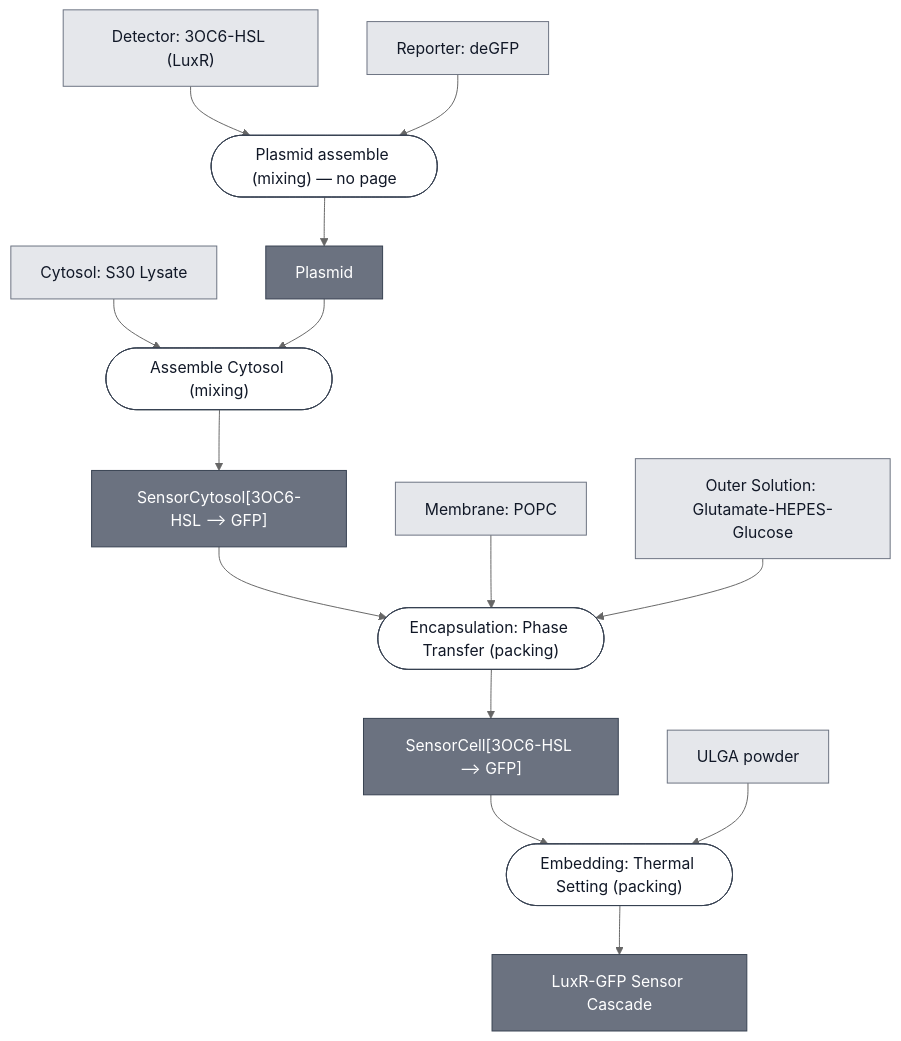
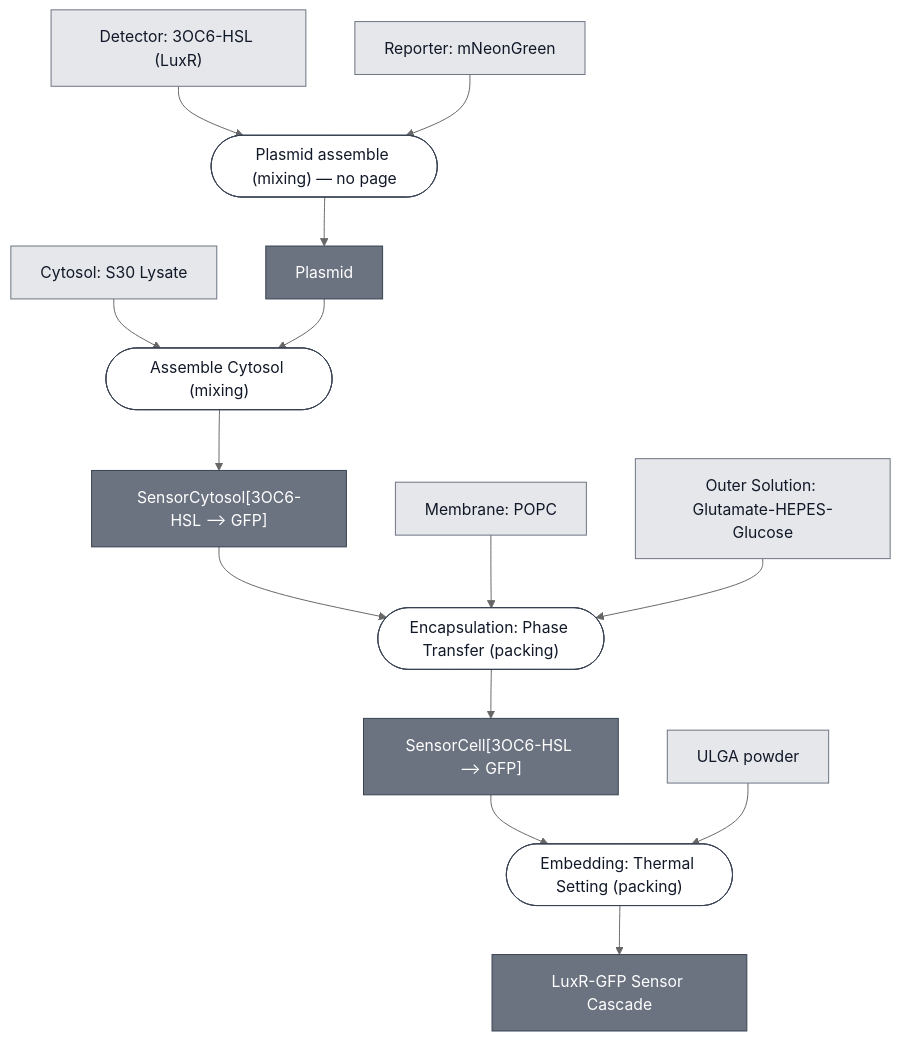
Before and after one commit to nucleus-eng/nucleus-docs: the diagram in docs/modules/luxr-gfp-cascade/spec.md, drawn with Mermaid (neutral theme). The commit also changed other lines of this file and 2 other files, not shown here.

First line of the commit message:
The LuxR demo reports mNeonGreen, not deGFP

````diff
--- a/docs/modules/luxr-gfp-cascade/spec.md
+++ b/docs/modules/luxr-gfp-cascade/spec.md
@@ -31,54 +31,54 @@
 ```mermaid
 flowchart TD
     S30_LYSATE["Cytosol: S30 Lysate"]
     DETECTOR_3OC6_HSL["Detector: 3OC6-HSL (LuxR)"]
-    REPORTER_DEGFP["Reporter: deGFP"]
+    REPORTER_MNEONGREEN["Reporter: mNeonGreen"]
     MEMBRANE_POPC["Membrane: POPC"]
     OUTER_SOLUTION_GLUTAMATE["Outer Solution: Glutamate-HEPES-Glucose"]
     ULGA_POWDER["ULGA powder"]
 
     P1_ASSEMBLE_PLASMID_0(["Plasmid assemble (mixing) — no page"])
     LUXR_GFP_PLASMID["Plasmid"]
     P2_ASSEMBLE_CYTOSOL_0(["Assemble Cytosol (mixing)"])
     LUXR_GFP_SENSOR_CYTOSOL["SensorCytosol[3OC6-HSL ⟶ GFP]"]
     P3_ENCAPSULATE_0(["Encapsulation: Phase Transfer (packing)"])
     LUXR_GFP_SENSING_CELL["SensorCell[3OC6-HSL ⟶ GFP]"]
     P4_EMBED_ULGA_0(["Embedding: Thermal Setting (packing)"])
     LUXR_GFP_CASCADE["LuxR-GFP Sensor Cascade"]
 
     DETECTOR_3OC6_HSL --> P1_ASSEMBLE_PLASMID_0
-    REPORTER_DEGFP --> P1_ASSEMBLE_PLASMID_0
+    REPORTER_MNEONGREEN --> P1_ASSEMBLE_PLASMID_0
     P1_ASSEMBLE_PLASMID_0 --> LUXR_GFP_PLASMID
 
     S30_LYSATE --> P2_ASSEMBLE_CYTOSOL_0
     LUXR_GFP_PLASMID --> P2_ASSEMBLE_CYTOSOL_0
     P2_ASSEMBLE_CYTOSOL_0 --> LUXR_GFP_SENSOR_CYTOSOL
 
     LUXR_GFP_SENSOR_CYTOSOL --> P3_ENCAPSULATE_0
     MEMBRANE_POPC --> P3_ENCAPSULATE_0
     OUTER_SOLUTION_GLUTAMATE --> P3_ENCAPSULATE_0
     P3_ENCAPSULATE_0 --> LUXR_GFP_SENSING_CELL
 
     LUXR_GFP_SENSING_CELL --> P4_EMBED_ULGA_0
     ULGA_POWDER --> P4_EMBED_ULGA_0
     P4_EMBED_ULGA_0 --> LUXR_GFP_CASCADE
 
 
     classDef leaf     fill:#e5e7eb,stroke:#6b7280,color:#111827;
     classDef composed fill:#6b7280,stroke:#374151,color:#ffffff;
     classDef process  fill:#ffffff,stroke:#374151,color:#111827;
-    class S30_LYSATE,DETECTOR_3OC6_HSL,REPORTER_DEGFP,MEMBRANE_POPC,OUTER_SOLUTION_GLUTAMATE,ULGA_POWDER leaf;
+    class S30_LYSATE,DETECTOR_3OC6_HSL,REPORTER_MNEONGREEN,MEMBRANE_POPC,OUTER_SOLUTION_GLUTAMATE,ULGA_POWDER leaf;
     class LUXR_GFP_PLASMID,LUXR_GFP_SENSOR_CYTOSOL,LUXR_GFP_SENSING_CELL,LUXR_GFP_CASCADE composed;
     class P1_ASSEMBLE_PLASMID_0,P2_ASSEMBLE_CYTOSOL_0,P3_ENCAPSULATE_0,P4_EMBED_ULGA_0 process;
 
     click S30_LYSATE "/docs/modules/s30-lysate/spec"
     click DETECTOR_3OC6_HSL "/docs/modules/detector-3oc6-hsl/spec"
-    click REPORTER_DEGFP "/docs/modules/reporter-degfp/spec"
+    click REPORTER_MNEONGREEN "/docs/modules/reporter-mneongreen/spec"
     click MEMBRANE_POPC "/docs/modules/membrane-popc/spec"
     click OUTER_SOLUTION_GLUTAMATE "/docs/modules/outer-solution-glutamate/spec"
     click ULGA_POWDER "/docs/modules/gel-ulga/spec"
     click P2_ASSEMBLE_CYTOSOL_0 "/docs/processes/assemble-cytosol/assemble-cytosol-main"
     click P3_ENCAPSULATE_0 "/docs/processes/assemble-base-cell/main"
     click P4_EMBED_ULGA_0 "/docs/processes/embed-thermal-setting/main"
     click LUXR_GFP_CASCADE "/docs/modules/luxr-gfp-cascade/spec"
 ```
````
